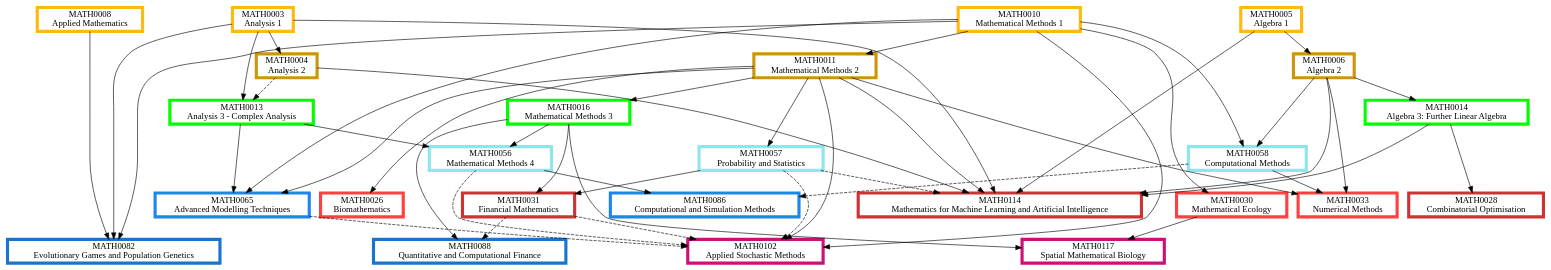
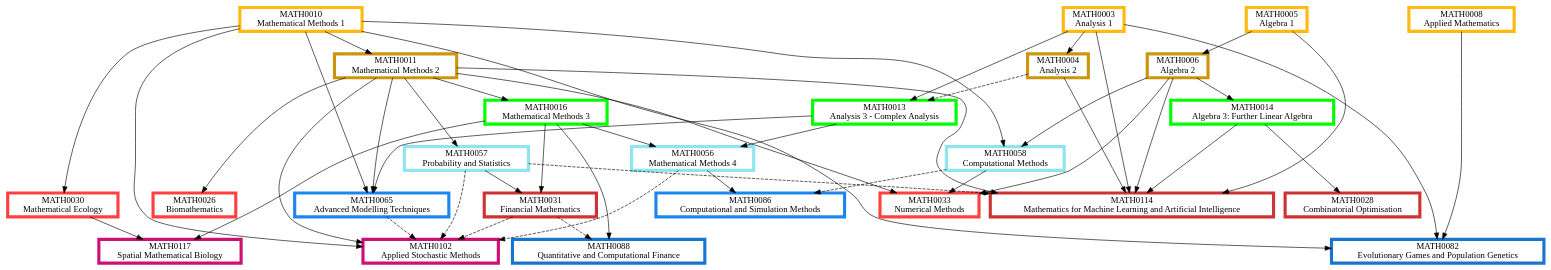
One commit to matthew-towers/pathways changed the diagram in Modelling, Computation and Finance.dot. Above: the diagram before and after it, drawn with Graphviz. The commit also changed 13 other files, not shown here.

```diff
--- a/Modelling, Computation and Finance.dot
+++ b/Modelling, Computation and Finance.dot
@@ -1,125 +1,125 @@
 digraph {
 	node [fillcolor=white penwidth=5 shape=box style="filled,bold"]
 	subgraph "1.0 1" {
 		rank=same
-		MATH0003 [label="MATH0003
-Analysis 1" color=darkgoldenrod1 href="https://www.ucl.ac.uk/mathematical-physical-sciences/sites/mathematical_physical_sciences/files/math0003.pdf" tooltip="Year 1, term 1"]
 		MATH0010 [label="MATH0010
 Mathematical Methods 1" color=darkgoldenrod1 href="https://www.ucl.ac.uk/mathematical-physical-sciences/sites/mathematical_physical_sciences/files/math0010.pdf" tooltip="Year 1, term 1"]
+		MATH0003 [label="MATH0003
+Analysis 1" color=darkgoldenrod1 href="https://www.ucl.ac.uk/mathematical-physical-sciences/sites/mathematical_physical_sciences/files/2025-09/math0003.pdf" tooltip="Year 1, term 1"]
 		MATH0005 [label="MATH0005
-Algebra 1" color=darkgoldenrod1 href="https://www.ucl.ac.uk/mathematical-physical-sciences/sites/mathematical_physical_sciences/files/math0005.pdf" tooltip="Year 1, term 1"]
+Algebra 1" color=darkgoldenrod1 href="https://www.ucl.ac.uk/mathematical-physical-sciences/sites/mathematical_physical_sciences/files/2025-09/math0005 syllabus.pdf" tooltip="Year 1, term 1"]
 		MATH0008 [label="MATH0008
 Applied Mathematics" color=darkgoldenrod1 href="https://www.ucl.ac.uk/mathematical-physical-sciences/sites/mathematical_physical_sciences/files/math0008.pdf" tooltip="Year 1, term 1"]
 	}
+	MATH0005 -> MATH0006 [tooltip="required prerequisite"]
 	MATH0010 -> MATH0011 [tooltip="required prerequisite"]
-	MATH0005 -> MATH0006 [tooltip="required prerequisite"]
 	MATH0003 -> MATH0004 [tooltip="required prerequisite"]
 	subgraph "1.0 2" {
 		rank=same
-		MATH0011 [label="MATH0011
-Mathematical Methods 2" color=darkgoldenrod3 href="https://www.ucl.ac.uk/mathematical-physical-sciences/sites/mathematical_physical_sciences/files/math0011_2.pdf" tooltip="Year 1, term 2"]
 		MATH0006 [label="MATH0006
 Algebra 2" color=darkgoldenrod3 href="https://www.ucl.ac.uk/mathematical-physical-sciences/sites/mathematical_physical_sciences/files/math0006.pdf" tooltip="Year 1, term 2"]
+		MATH0011 [label="MATH0011
+Mathematical Methods 2" color=darkgoldenrod3 href="https://www.ucl.ac.uk/mathematical-physical-sciences/sites/mathematical_physical_sciences/files/math0011_3.pdf" tooltip="Year 1, term 2"]
 		MATH0004 [label="MATH0004
 Analysis 2" color=darkgoldenrod3 href="https://www.ucl.ac.uk/mathematical-physical-sciences/sites/mathematical_physical_sciences/files/math0004.pdf" tooltip="Year 1, term 2"]
 	}
+	MATH0006 -> MATH0014 [tooltip="required prerequisite"]
+	MATH0011 -> MATH0016 [tooltip="required prerequisite"]
 	MATH0003 -> MATH0013 [tooltip="required prerequisite"]
 	MATH0004 -> MATH0013 [style=dashed tooltip="recommended prerequisite"]
-	MATH0006 -> MATH0014 [tooltip="required prerequisite"]
-	MATH0011 -> MATH0016 [tooltip="required prerequisite"]
 	subgraph "2.0 1" {
 		rank=same
+		MATH0014 [label="MATH0014
+Algebra 3: Further Linear Algebra" color=green1 href="https://www.ucl.ac.uk/mathematical-physical-sciences/sites/mathematical_physical_sciences/files/2025-09/math0014_0.pdf" tooltip="Year 2, term 1"]
+		MATH0016 [label="MATH0016
+Mathematical Methods 3" color=green1 href="https://www.ucl.ac.uk/mathematical-physical-sciences/sites/mathematical_physical_sciences/files/2025-09/math0016_0.pdf" tooltip="Year 2, term 1"]
 		MATH0013 [label="MATH0013
-Analysis 3 - Complex Analysis" color=green1 href="https://www.ucl.ac.uk/mathematical-physical-sciences/sites/mathematical_physical_sciences/files/math0013.pdf" tooltip="Year 2, term 1"]
-		MATH0014 [label="MATH0014
-Algebra 3: Further Linear Algebra" color=green1 href="https://www.ucl.ac.uk/mathematical-physical-sciences/sites/mathematical_physical_sciences/files/math0014.pdf" tooltip="Year 2, term 1"]
-		MATH0016 [label="MATH0016
-Mathematical Methods 3" color=green1 href="https://www.ucl.ac.uk/mathematical-physical-sciences/sites/mathematical_physical_sciences/files/math0016.pdf" tooltip="Year 2, term 1"]
+Analysis 3 - Complex Analysis" color=green1 href="https://www.ucl.ac.uk/mathematical-physical-sciences/sites/mathematical_physical_sciences/files/2025-09/math0013_0.pdf" tooltip="Year 2, term 1"]
 	}
+	MATH0010 -> MATH0058 [tooltip="required prerequisite"]
+	MATH0006 -> MATH0058 [tooltip="required prerequisite"]
 	MATH0013 -> MATH0056 [tooltip="required prerequisite"]
 	MATH0016 -> MATH0056 [tooltip="required prerequisite"]
-	MATH0010 -> MATH0058 [tooltip="required prerequisite"]
-	MATH0006 -> MATH0058 [tooltip="required prerequisite"]
 	MATH0011 -> MATH0057 [tooltip="required prerequisite"]
 	subgraph "2.5 2" {
 		rank=same
+		MATH0058 [label="MATH0058
+Computational Methods" color=cadetblue2 href="https://www.ucl.ac.uk/mathematical-physical-sciences/sites/mathematical_physical_sciences/files/math0058.pdf" tooltip="Year 2 or 3, term 2"]
 		MATH0056 [label="MATH0056
 Mathematical Methods 4" color=cadetblue2 href="https://www.ucl.ac.uk/mathematical-physical-sciences/sites/mathematical_physical_sciences/files/math0056.pdf" tooltip="Year 2 or 3, term 2"]
-		MATH0058 [label="MATH0058
-Computational Methods" color=cadetblue2 href="https://www.ucl.ac.uk/mathematical-physical-sciences/sites/mathematical_physical_sciences/files/math0058.pdf" tooltip="Year 2 or 3, term 2"]
 		MATH0057 [label="MATH0057
 Probability and Statistics" color=cadetblue2 href="https://www.ucl.ac.uk/mathematical-physical-sciences/sites/mathematical_physical_sciences/files/math0057.pdf" tooltip="Year 2 or 3, term 2"]
 	}
+	MATH0010 -> MATH0030 [tooltip="required prerequisite"]
 	MATH0006 -> MATH0033 [tooltip="required prerequisite"]
 	MATH0011 -> MATH0033 [tooltip="required prerequisite"]
 	MATH0058 -> MATH0033 [tooltip="required prerequisite"]
 	MATH0011 -> MATH0026 [tooltip="required prerequisite"]
-	MATH0010 -> MATH0030 [tooltip="required prerequisite"]
 	subgraph "3.0 1" {
 		rank=same
+		MATH0030 [label="MATH0030
+Mathematical Ecology" color=brown1 href="https://www.ucl.ac.uk/mathematical-physical-sciences/sites/mathematical_physical_sciences/files/math0030.pdf" tooltip="Year 3, term 1"]
 		MATH0033 [label="MATH0033
 Numerical Methods" color=brown1 href="https://www.ucl.ac.uk/mathematical-physical-sciences/sites/mathematical_physical_sciences/files/math0033.pdf" tooltip="Year 3, term 1"]
 		MATH0026 [label="MATH0026
 Biomathematics" color=brown1 href="https://www.ucl.ac.uk/mathematical-physical-sciences/sites/mathematical_physical_sciences/files/math0026.pdf" tooltip="Year 3, term 1"]
-		MATH0030 [label="MATH0030
-Mathematical Ecology" color=brown1 href="https://www.ucl.ac.uk/mathematical-physical-sciences/sites/mathematical_physical_sciences/files/math0030.pdf" tooltip="Year 3, term 1"]
 	}
 	MATH0014 -> MATH0028 [tooltip="required prerequisite"]
-	MATH0016 -> MATH0031 [tooltip="required prerequisite"]
-	MATH0057 -> MATH0031 [tooltip="required prerequisite"]
 	MATH0003 -> MATH0114 [tooltip="required prerequisite"]
 	MATH0004 -> MATH0114 [tooltip="required prerequisite"]
 	MATH0005 -> MATH0114 [tooltip="required prerequisite"]
 	MATH0006 -> MATH0114 [tooltip="required prerequisite"]
 	MATH0011 -> MATH0114 [tooltip="required prerequisite"]
 	MATH0014 -> MATH0114 [tooltip="required prerequisite"]
 	MATH0057 -> MATH0114 [style=dashed tooltip="recommended prerequisite"]
+	MATH0016 -> MATH0031 [tooltip="required prerequisite"]
+	MATH0057 -> MATH0031 [tooltip="required prerequisite"]
 	subgraph "3.0 2" {
 		rank=same
 		MATH0028 [label="MATH0028
 Combinatorial Optimisation" color=brown3 href="https://www.ucl.ac.uk/mathematical-physical-sciences/sites/mathematical_physical_sciences/files/math0028.pdf" tooltip="Year 3, term 2"]
+		MATH0114 [label="MATH0114
+Mathematics for Machine Learning and Artificial Intelligence" color=brown3 href="https://www.ucl.ac.uk/mathematical-physical-sciences/sites/mathematical_physical_sciences/files/math0114_1.pdf" tooltip="Year 3, term 2"]
 		MATH0031 [label="MATH0031
 Financial Mathematics" color=brown3 href="https://www.ucl.ac.uk/mathematical-physical-sciences/sites/mathematical_physical_sciences/files/math0031.pdf" tooltip="Year 3, term 2"]
-		MATH0114 [label="MATH0114
-Mathematics for Machine Learning and Artificial Intelligence" color=brown3 href="https://www.ucl.ac.uk/mathematical-physical-sciences/sites/mathematical_physical_sciences/files/math0114_0.pdf" tooltip="Year 3, term 2"]
 	}
 	MATH0010 -> MATH0102 [tooltip="required prerequisite"]
 	MATH0011 -> MATH0102 [tooltip="required prerequisite"]
 	MATH0056 -> MATH0102 [style=dashed tooltip="recommended prerequisite"]
 	MATH0031 -> MATH0102 [style=dashed tooltip="recommended prerequisite"]
 	MATH0065 -> MATH0102 [style=dashed tooltip="recommended prerequisite"]
 	MATH0057 -> MATH0102 [style=dashed tooltip="recommended prerequisite"]
 	MATH0030 -> MATH0117 [tooltip="required prerequisite"]
 	MATH0016 -> MATH0117 [tooltip="required prerequisite"]
 	subgraph "3.5 2" {
 		rank=same
 		MATH0102 [label="MATH0102
 Applied Stochastic Methods" color=deeppink3 href="https://www.ucl.ac.uk/mathematical-physical-sciences/sites/mathematical_physical_sciences/files/math0102.pdf" tooltip="Year 3 or 4, term 2"]
 		MATH0117 [label="MATH0117
 Spatial Mathematical Biology" color=deeppink3 href="https://www.ucl.ac.uk/mathematical-physical-sciences/sites/mathematical_physical_sciences/files/math0117.pdf" tooltip="Year 3 or 4, term 2"]
 	}
-	MATH0056 -> MATH0086 [tooltip="required prerequisite"]
-	MATH0058 -> MATH0086 [style=dashed tooltip="recommended prerequisite"]
 	MATH0010 -> MATH0065 [tooltip="required prerequisite"]
 	MATH0011 -> MATH0065 [tooltip="required prerequisite"]
 	MATH0013 -> MATH0065 [tooltip="required prerequisite"]
+	MATH0056 -> MATH0086 [tooltip="required prerequisite"]
+	MATH0058 -> MATH0086 [style=dashed tooltip="recommended prerequisite"]
 	subgraph "4.0 1" {
 		rank=same
+		MATH0065 [label="MATH0065
+Advanced Modelling Techniques" color=dodgerblue2 href="https://www.ucl.ac.uk/mathematical-physical-sciences/sites/mathematical_physical_sciences/files/math0065.pdf" tooltip="Year 4, term 1"]
 		MATH0086 [label="MATH0086
 Computational and Simulation Methods" color=dodgerblue2 href="https://www.ucl.ac.uk/mathematical-physical-sciences/sites/mathematical_physical_sciences/files/math0086.pdf" tooltip="Year 4, term 1"]
-		MATH0065 [label="MATH0065
-Advanced Modelling Techniques" color=dodgerblue2 href="https://www.ucl.ac.uk/mathematical-physical-sciences/sites/mathematical_physical_sciences/files/math0065.pdf" tooltip="Year 4, term 1"]
 	}
-	MATH0016 -> MATH0088 [tooltip="required prerequisite"]
-	MATH0031 -> MATH0088 [style=dashed tooltip="recommended prerequisite"]
 	MATH0008 -> MATH0082 [tooltip="required prerequisite"]
 	MATH0010 -> MATH0082 [tooltip="required prerequisite"]
 	MATH0003 -> MATH0082 [tooltip="required prerequisite"]
+	MATH0016 -> MATH0088 [tooltip="required prerequisite"]
+	MATH0031 -> MATH0088 [style=dashed tooltip="recommended prerequisite"]
 	subgraph "4.0 2" {
 		rank=same
+		MATH0082 [label="MATH0082
+Evolutionary Games and Population Genetics" color=dodgerblue3 href="https://www.ucl.ac.uk/mathematical-physical-sciences/sites/mathematical_physical_sciences/files/math0082.pdf" tooltip="Year 4, term 2"]
 		MATH0088 [label="MATH0088
 Quantitative and Computational Finance" color=dodgerblue3 href="https://www.ucl.ac.uk/mathematical-physical-sciences/sites/mathematical_physical_sciences/files/math0088.pdf" tooltip="Year 4, term 2"]
-		MATH0082 [label="MATH0082
-Evolutionary Games and Population Genetics" color=dodgerblue3 href="https://www.ucl.ac.uk/mathematical-physical-sciences/sites/mathematical_physical_sciences/files/math0082.pdf" tooltip="Year 4, term 2"]
 	}
 }
```
